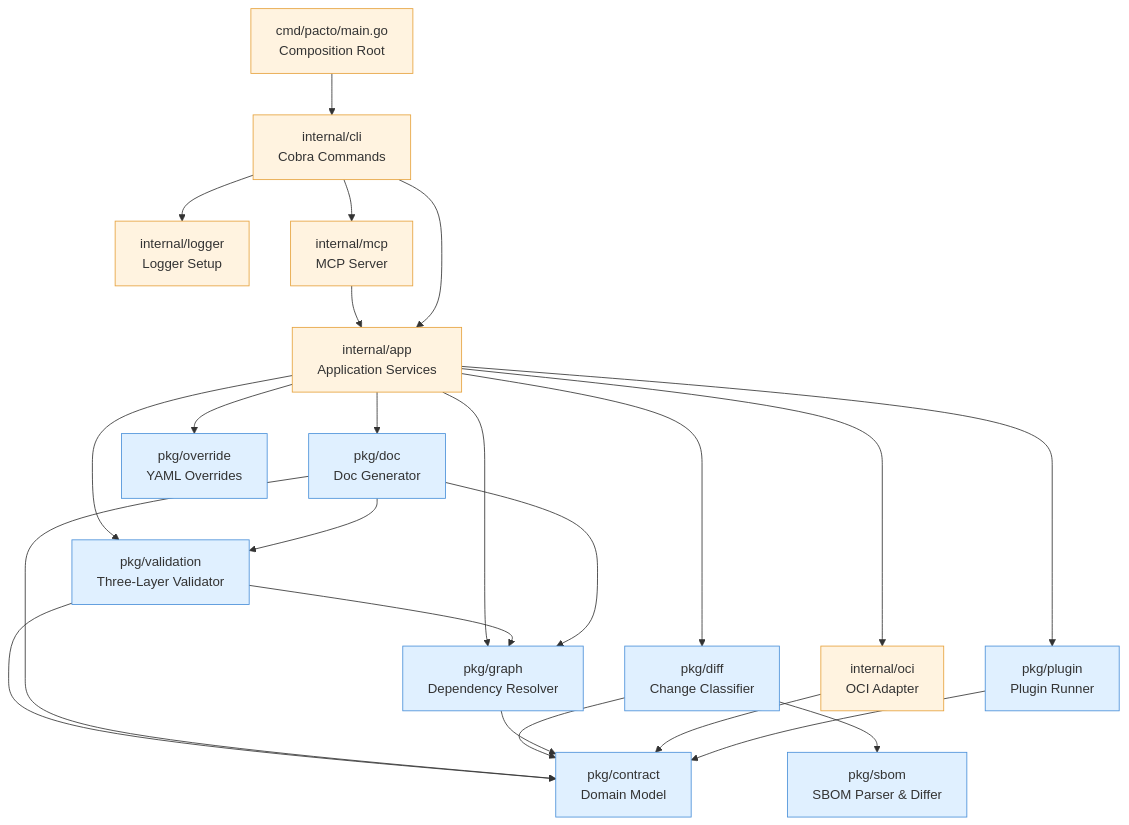
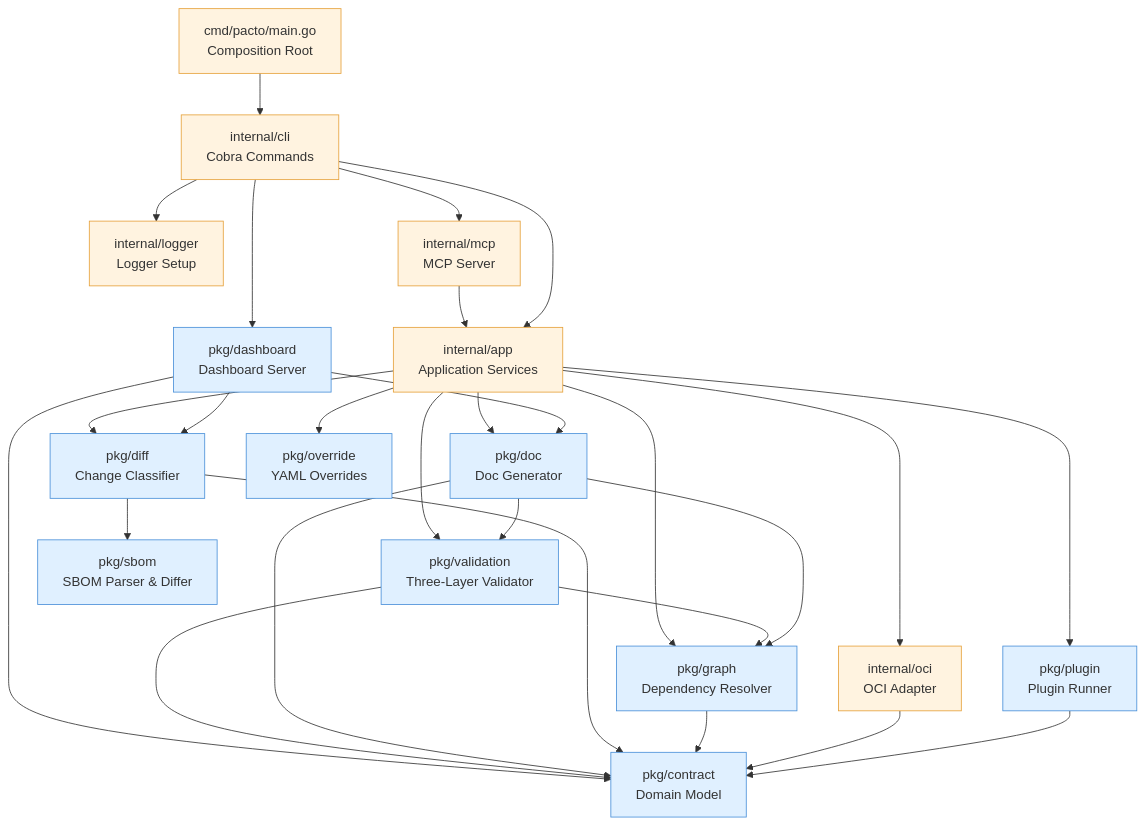
Before and after one commit to BurkeVeble83476n/pacto: the first of 2 diagrams in docs/architecture.md, drawn with Mermaid. The commit also changed other lines of this file and 52 other files, not shown here.

First line of the commit message:
feat: add dashboard command with multi-source aggregation and D3 graph (#77)

````diff
--- a/docs/architecture.md
+++ b/docs/architecture.md
@@ -24,30 +24,34 @@
 ```mermaid
 graph TD
     MAIN[cmd/pacto/main.go<br/>Composition Root] --> CLI[internal/cli<br/>Cobra Commands]
     CLI --> LOG[internal/logger<br/>Logger Setup]
     CLI --> MCP[internal/mcp<br/>MCP Server]
     MCP --> APP
     CLI --> APP[internal/app<br/>Application Services]
     APP --> VAL[pkg/validation<br/>Three-Layer Validator]
     APP --> DIFF[pkg/diff<br/>Change Classifier]
     APP --> GRAPH[pkg/graph<br/>Dependency Resolver]
     APP --> OCI[internal/oci<br/>OCI Adapter]
     APP --> PLUG[pkg/plugin<br/>Plugin Runner]
     APP --> DOC[pkg/doc<br/>Doc Generator]
     APP --> OVER[pkg/override<br/>YAML Overrides]
+    CLI --> DASH[pkg/dashboard<br/>Dashboard Server]
+    DASH --> CONTRACT
+    DASH --> DOC
+    DASH --> DIFF
     DIFF --> SBOM[pkg/sbom<br/>SBOM Parser & Differ]
     VAL --> GRAPH
     DOC --> GRAPH
     DOC --> VAL
     VAL --> CONTRACT[pkg/contract<br/>Domain Model]
     DOC --> CONTRACT
     DIFF --> CONTRACT
     GRAPH --> CONTRACT
     OCI --> CONTRACT
     PLUG --> CONTRACT
 
     classDef pkg fill:#e0f0ff,stroke:#4a90d9
     classDef internal fill:#fff3e0,stroke:#e6a23c
-    class CONTRACT,VAL,DIFF,GRAPH,PLUG,DOC,SBOM,OVER pkg
+    class CONTRACT,VAL,DIFF,GRAPH,PLUG,DOC,SBOM,OVER,DASH pkg
     class APP,CLI,LOG,MCP,OCI,MAIN internal
 ```
````
